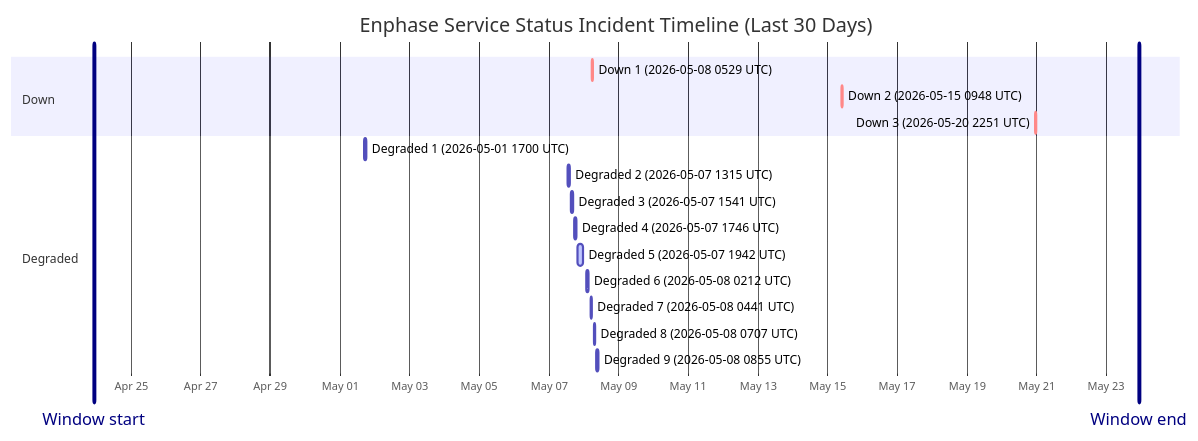
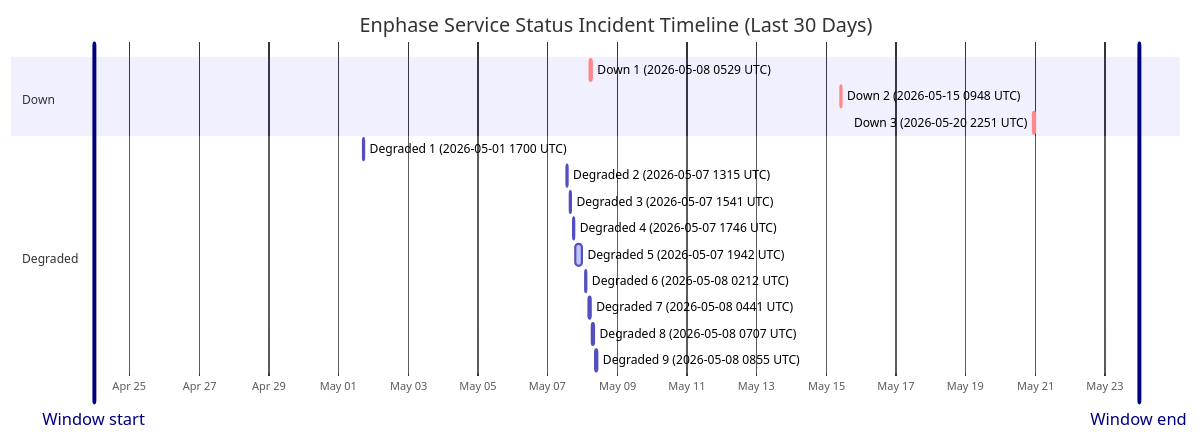
The diagram in wiki/Service-Status-History.md (barneyonline/ha-enphase-ev-charger), drawn with Mermaid before and after one commit. The commit also changed other lines of this file and 3 other files, not shown here.

````diff
--- a/wiki/Service-Status-History.md
+++ b/wiki/Service-Status-History.md
@@ -14,22 +14,22 @@
 ```mermaid
 gantt
     title Enphase Service Status Incident Timeline (Last 30 Days)
     dateFormat  YYYY-MM-DDTHH:mm:ss
     axisFormat  %b %d
-    Window start :vert, window-start, 2026-04-23T22:25:14, 0ms
-    Window end :vert, window-end, 2026-05-23T22:25:14, 0ms
+    Window start :vert, window-start, 2026-04-23T23:29:19, 0ms
+    Window end :vert, window-end, 2026-05-23T23:29:19, 0ms
     section Down
     Down 1 (2026-05-08 0529 UTC) :crit, down-1, 2026-05-08T05:29:47, 60m
     Down 2 (2026-05-15 0948 UTC) :crit, down-2, 2026-05-15T09:48:18, 60m
     Down 3 (2026-05-20 2251 UTC) :crit, down-3, 2026-05-20T22:51:14, 75m
     section Degraded
     Degraded 1 (2026-05-01 1700 UTC) :active, degraded-1, 2026-05-01T17:00:22, 60m
     Degraded 2 (2026-05-07 1315 UTC) :active, degraded-2, 2026-05-07T13:15:25, 60m
     Degraded 3 (2026-05-07 1541 UTC) :active, degraded-3, 2026-05-07T15:41:58, 60m
     Degraded 4 (2026-05-07 1746 UTC) :active, degraded-4, 2026-05-07T17:46:51, 60m
     Degraded 5 (2026-05-07 1942 UTC) :active, degraded-5, 2026-05-07T19:42:10, 249m
     Degraded 6 (2026-05-08 0212 UTC) :active, degraded-6, 2026-05-08T02:12:39, 60m
     Degraded 7 (2026-05-08 0441 UTC) :active, degraded-7, 2026-05-08T04:41:46, 60m
     Degraded 8 (2026-05-08 0707 UTC) :active, degraded-8, 2026-05-08T07:07:30, 60m
     Degraded 9 (2026-05-08 0855 UTC) :active, degraded-9, 2026-05-08T08:55:20, 88m
 ```
````
